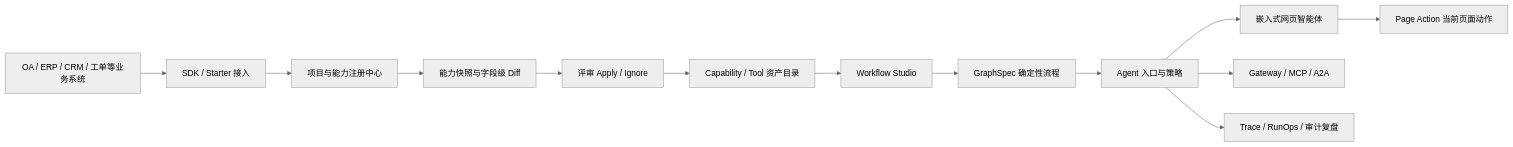
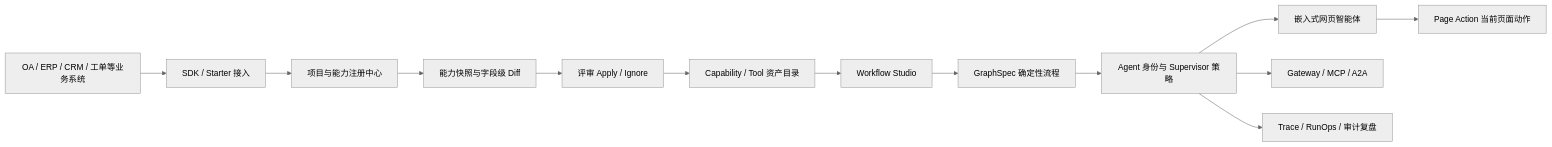
The diagram in README.md (w8123/EnterpriseAgentFramework), drawn with Mermaid (neutral theme) before and after one commit. The commit also changed other lines of this file and 487 other files, not shown here.

Commit message:
feat: 重塑 Agent Supervisor、Workflow Studio 与 RunOps 运行时

````diff
--- a/README.md
+++ b/README.md
@@ -114,15 +120,15 @@
 ```mermaid
 flowchart LR
   app["OA / ERP / CRM / 工单等业务系统"] --> sdk["SDK / Starter 接入"]
   sdk --> registry["项目与能力注册中心"]
   registry --> snapshot["能力快照与字段级 Diff"]
   snapshot --> review["评审 Apply / Ignore"]
   review --> catalog["Capability / Tool 资产目录"]
   catalog --> workflow["Workflow Studio"]
   workflow --> gspec["GraphSpec 确定性流程"]
-  gspec --> agent["Agent 入口与策略"]
+  gspec --> agent["Agent 身份与 Supervisor 策略"]
   agent --> embed["嵌入式网页智能体"]
   agent --> open["Gateway / MCP / A2A"]
   embed --> page["Page Action 当前页面动作"]
   agent --> runops["Trace / RunOps / 审计复盘"]
 ```
````
